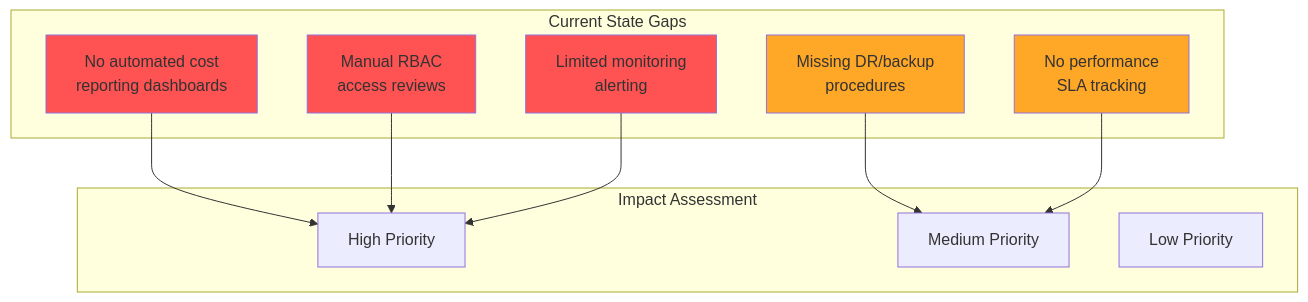
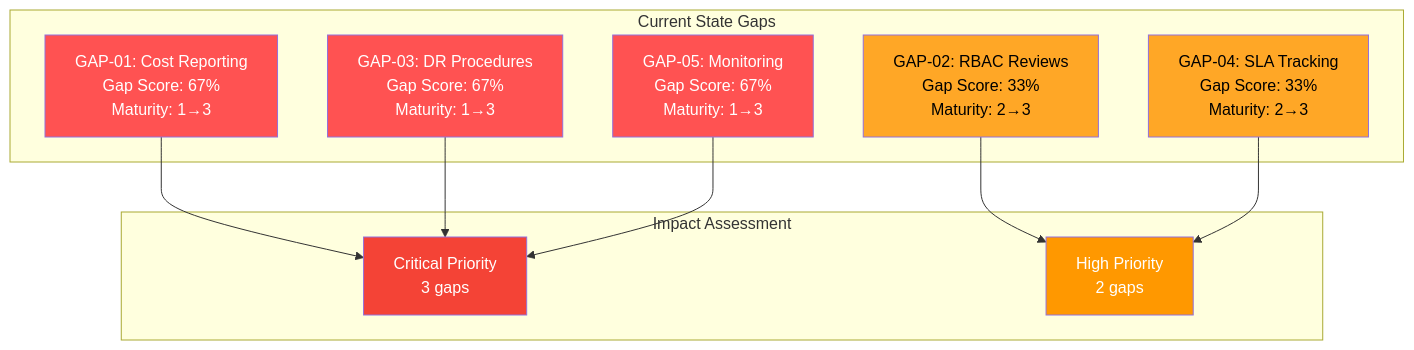
One commit to Evilazaro/DevExp-DevBox changed the second of 2 diagrams in docs/architecture/Business_architecture_document.md. Above: the diagram before and after it, drawn with Mermaid. The commit also changed other lines of this file, not shown here.

Commit message:
Implement feature X to enhance user experience and optimize performance

````diff
--- a/docs/architecture/Business_architecture_document.md
+++ b/docs/architecture/Business_architecture_document.md
@@ -700,28 +118,29 @@
 ```mermaid
 graph TD
     subgraph "Current State Gaps"
-        GAP1[No automated cost<br/>reporting dashboards]
-        GAP2[Manual RBAC<br/>access reviews]
-        GAP3[Missing DR/backup<br/>procedures]
-        GAP4[No performance<br/>SLA tracking]
-        GAP5[Limited monitoring<br/>alerting]
+        GAP1[GAP-01: Cost Reporting<br/>Gap Score: 67%<br/>Maturity: 1→3]
+        GAP2[GAP-02: RBAC Reviews<br/>Gap Score: 33%<br/>Maturity: 2→3]
+        GAP3[GAP-03: DR Procedures<br/>Gap Score: 67%<br/>Maturity: 1→3]
+        GAP4[GAP-04: SLA Tracking<br/>Gap Score: 33%<br/>Maturity: 2→3]
+        GAP5[GAP-05: Monitoring<br/>Gap Score: 67%<br/>Maturity: 1→3]
     end
 
     subgraph "Impact Assessment"
-        HIGH[High Priority]
-        MED[Medium Priority]
-        LOW[Low Priority]
+        HIGH[Critical Priority<br/>3 gaps]
+        MED[High Priority<br/>2 gaps]
     end
 
     GAP1 --> HIGH
-    GAP2 --> HIGH
-    GAP3 --> MED
+    GAP2 --> MED
+    GAP3 --> HIGH
     GAP4 --> MED
     GAP5 --> HIGH
 
-    style GAP1 fill:#ff5252
-    style GAP2 fill:#ff5252
-    style GAP5 fill:#ff5252
-    style GAP3 fill:#ffa726
-    style GAP4 fill:#ffa726
+    style GAP1 fill:#ff5252,color:#fff
+    style GAP3 fill:#ff5252,color:#fff
+    style GAP5 fill:#ff5252,color:#fff
+    style GAP2 fill:#ffa726,color:#000
+    style GAP4 fill:#ffa726,color:#000
+    style HIGH fill:#f44336,color:#fff
+    style MED fill:#ff9800,color:#fff
 ```
````
